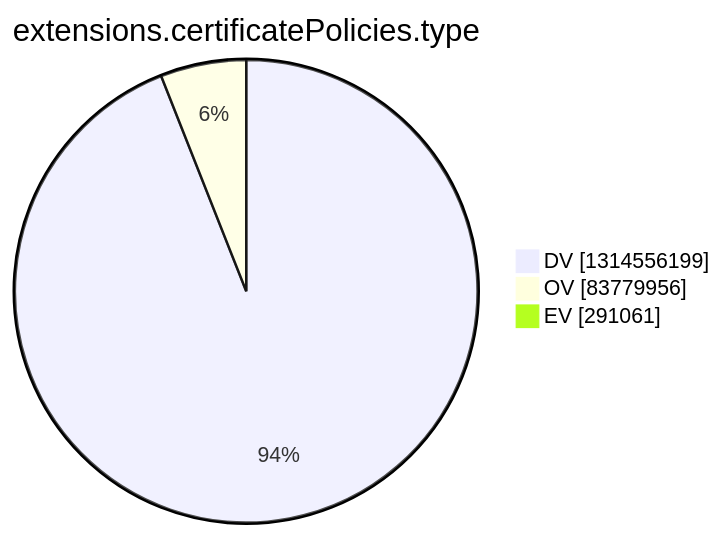
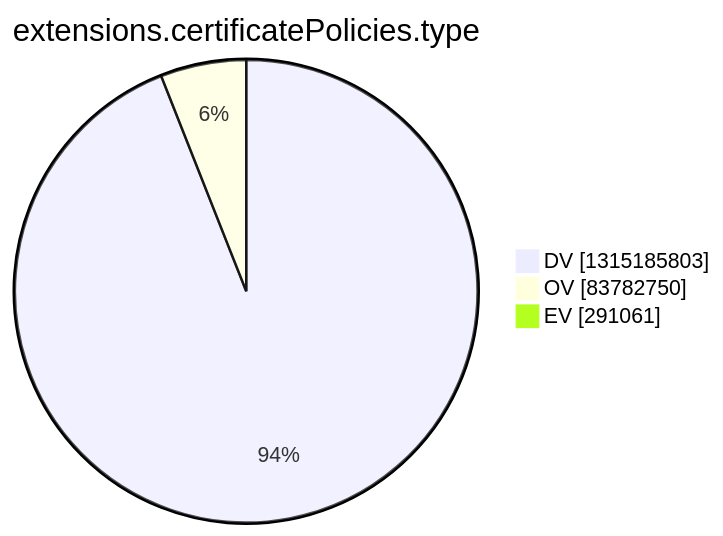
One commit to christiankrug/ctmonitor_visualization changed the tenth of 15 diagrams in argon2022/README.md. Above: the diagram before and after it, drawn with Mermaid. The commit also changed other lines of this file, not shown here.

````diff
--- a/argon2022/README.md
+++ b/argon2022/README.md
@@ -2772,7 +2772,7 @@
 ```mermaid
 pie showData
 title extensions.certificatePolicies.type
-"DV" :1314556199
-"OV" :83779956
+"DV" :1315185803
+"OV" :83782750
 "EV" :291061
 ```
````
